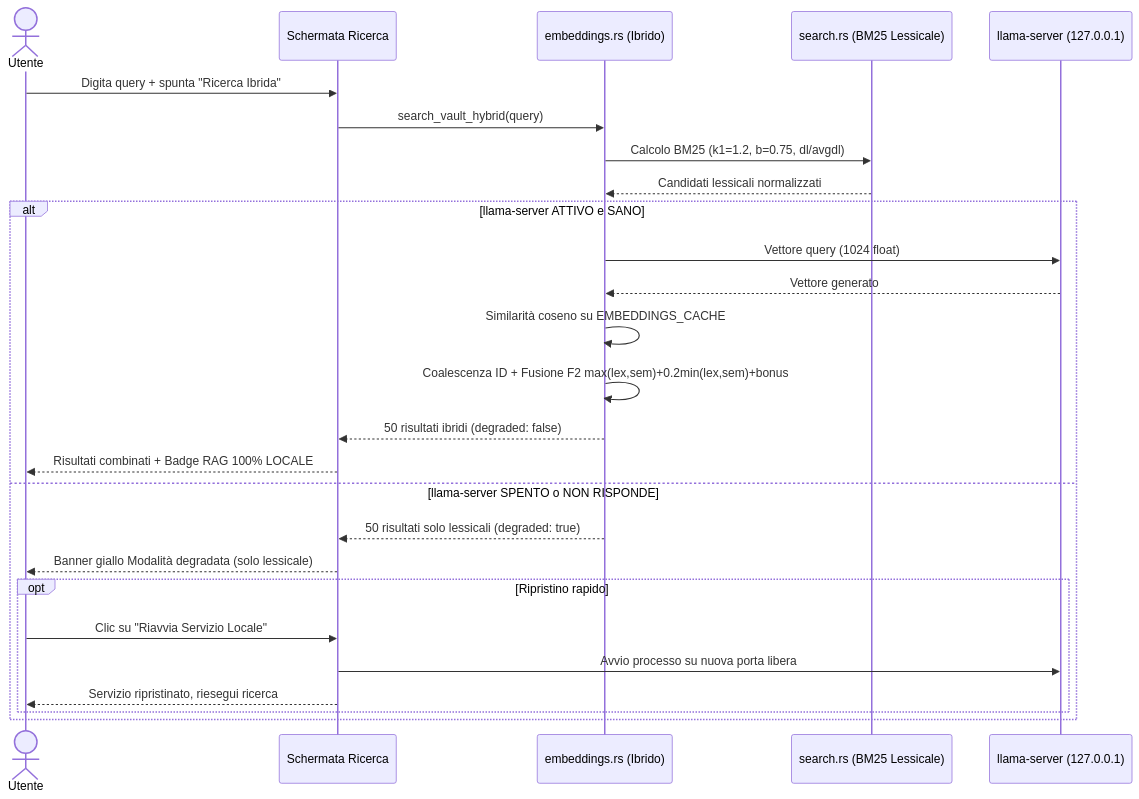
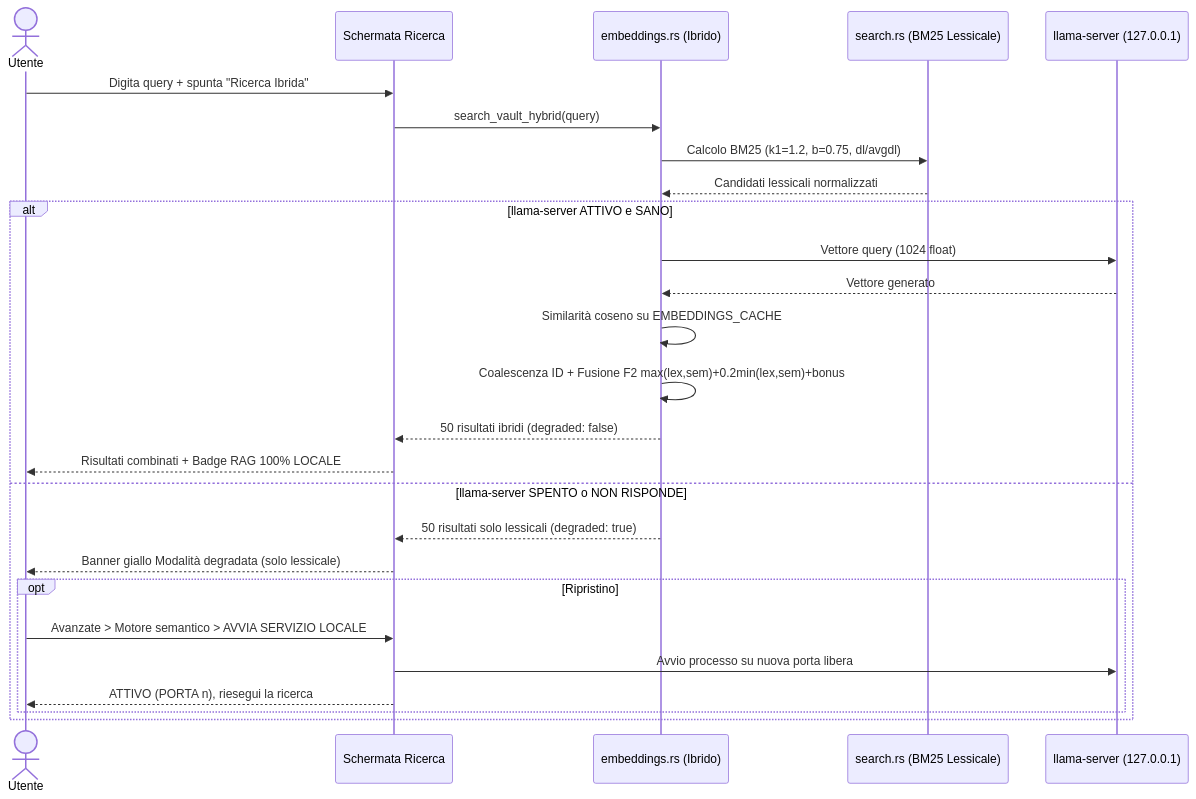
Before and after one commit to cesarenegro/vault_memai_obsi: diagram 20 of 22 in HELP/04_WORKFLOW.md, drawn with Mermaid. The commit also changed other lines of this file and 8 other files, not shown here.

````diff
--- a/HELP/04_WORKFLOW.md
+++ b/HELP/04_WORKFLOW.md
@@ -335,29 +335,29 @@
 ```mermaid
 sequenceDiagram
   actor U as Utente
   participant APP as Schermata Ricerca
   participant HYB as embeddings.rs (Ibrido)
   participant BM25 as search.rs (BM25 Lessicale)
   participant LLAMA as llama-server (127.0.0.1)
 
   U->>APP: Digita query + spunta "Ricerca Ibrida"
   APP->>HYB: search_vault_hybrid(query)
   HYB->>BM25: Calcolo BM25 (k1=1.2, b=0.75, dl/avgdl)
   BM25-->>HYB: Candidati lessicali normalizzati
   alt llama-server ATTIVO e SANO
     HYB->>LLAMA: Vettore query (1024 float)
     LLAMA-->>HYB: Vettore generato
     HYB->>HYB: Similarità coseno su EMBEDDINGS_CACHE
     HYB->>HYB: Coalescenza ID + Fusione F2 max(lex,sem)+0.2min(lex,sem)+bonus
     HYB-->>APP: 50 risultati ibridi (degraded: false)
     APP-->>U: Risultati combinati + Badge RAG 100% LOCALE
   else llama-server SPENTO o NON RISPONDE
     HYB-->>APP: 50 risultati solo lessicali (degraded: true)
     APP-->>U: Banner giallo Modalità degradata (solo lessicale)
-    opt Ripristino rapido
-      U->>APP: Clic su "Riavvia Servizio Locale"
+    opt Ripristino
+      U->>APP: Avanzate > Motore semantico > AVVIA SERVIZIO LOCALE
       APP->>LLAMA: Avvio processo su nuova porta libera
-      APP-->>U: Servizio ripristinato, riesegui ricerca
+      APP-->>U: ATTIVO (PORTA n), riesegui la ricerca
     end
   end
 ```
````
